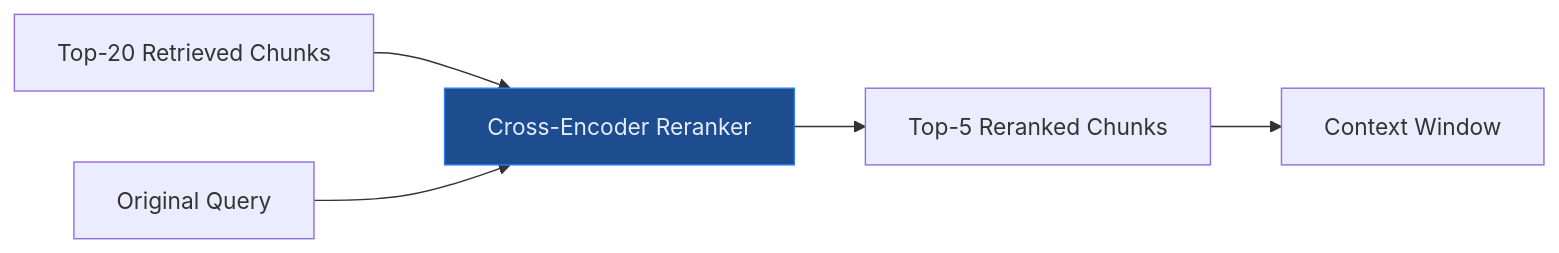
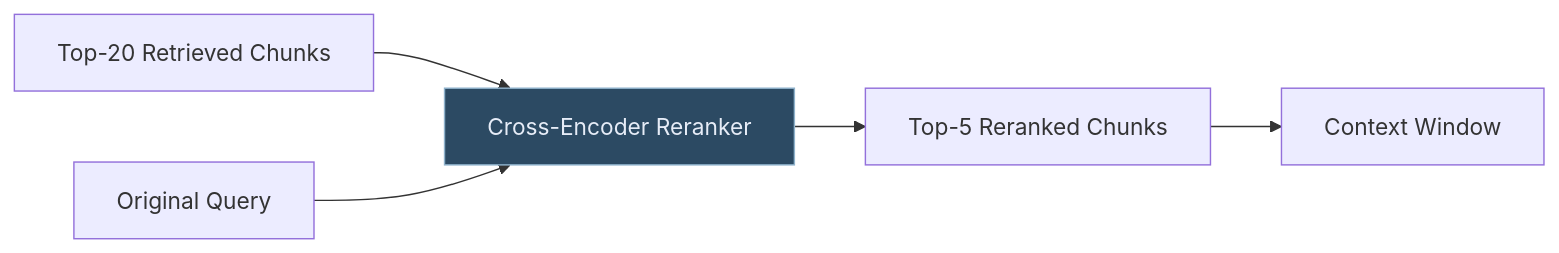
The fifth of 6 diagrams in blog/production-rag-beyond-the-basics.md (lorvexai/lorvexai), drawn with Mermaid before and after one commit. The commit also changed other lines of this file and 16 other files, not shown here.

First line of the commit message:
Retune hardcoded Mermaid node colors to match the site palette

````diff
--- a/blog/production-rag-beyond-the-basics.md
+++ b/blog/production-rag-beyond-the-basics.md
@@ -164,9 +164,9 @@
 ```mermaid
 flowchart LR
     R[Top-20 Retrieved Chunks] --> CE[Cross-Encoder Reranker]
     Q[Original Query] --> CE
     CE --> T5[Top-5 Reranked Chunks]
     T5 --> CTX[Context Window]
 
-    style CE fill:#1D4C8F,stroke:#2F80ED,color:#E6ECF7
+    style CE fill:#2C4A63,stroke:#8FB2CC,color:#E6ECF7
 ```
````
